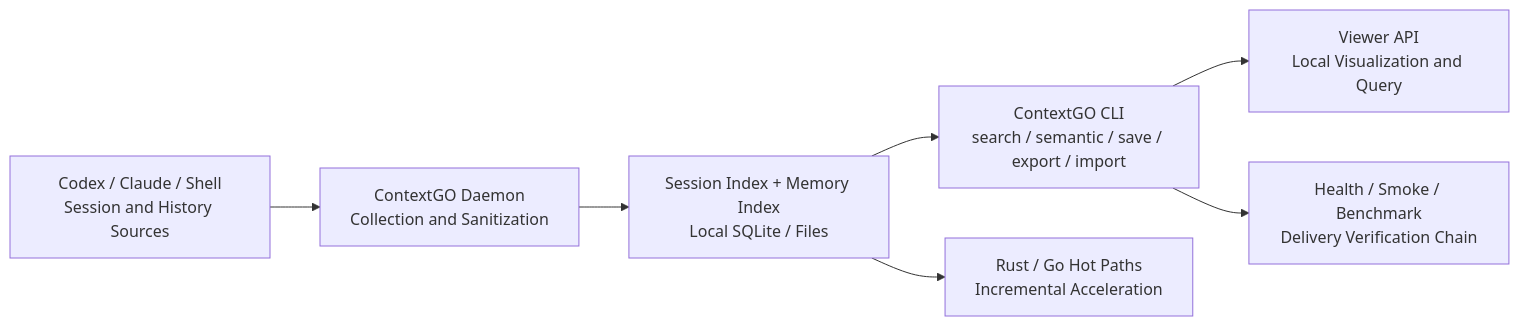
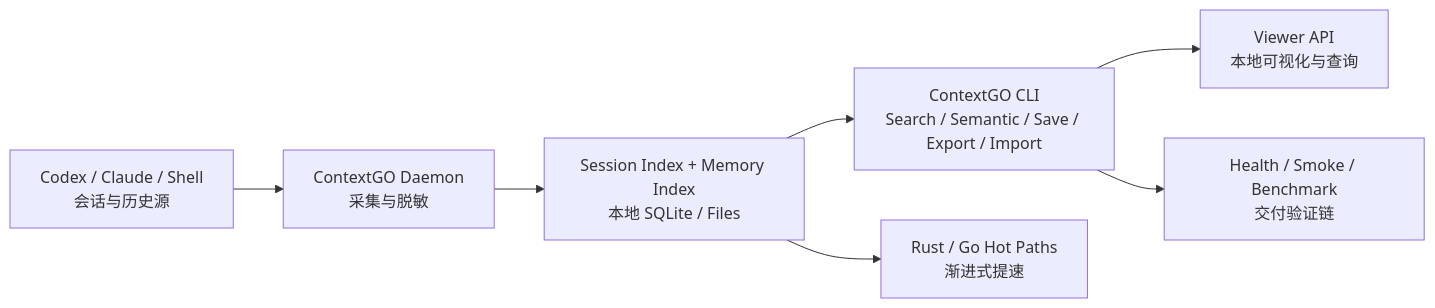
The diagram in README.md (dunova/context-mesh-foundry), drawn with Mermaid before and after one commit. The commit also changed other lines of this file and 3 other files, not shown here.

````diff
--- a/README.md
+++ b/README.md
@@ -40,9 +52,9 @@
 ```mermaid
 flowchart LR
-    A["Codex / Claude / Shell<br/>Session and History Sources"] --> B["ContextGO Daemon<br/>Collection and Sanitization"]
-    B --> C["Session Index + Memory Index<br/>Local SQLite / Files"]
-    C --> D["ContextGO CLI<br/>search / semantic / save / export / import"]
-    D --> E["Viewer API<br/>Local Visualization and Query"]
-    D --> F["Health / Smoke / Benchmark<br/>Delivery Verification Chain"]
-    C --> G["Rust / Go Hot Paths<br/>Incremental Acceleration"]
+    A["Codex / Claude / Shell<br/>会话与历史源"] --> B["ContextGO Daemon<br/>采集与脱敏"]
+    B --> C["Session Index + Memory Index<br/>本地 SQLite / Files"]
+    C --> D["ContextGO CLI<br/>Search / Semantic / Save / Export / Import"]
+    D --> E["Viewer API<br/>本地可视化与查询"]
+    D --> F["Health / Smoke / Benchmark<br/>交付验证链"]
+    C --> G["Rust / Go Hot Paths<br/>渐进式提速"]
 ```
````
